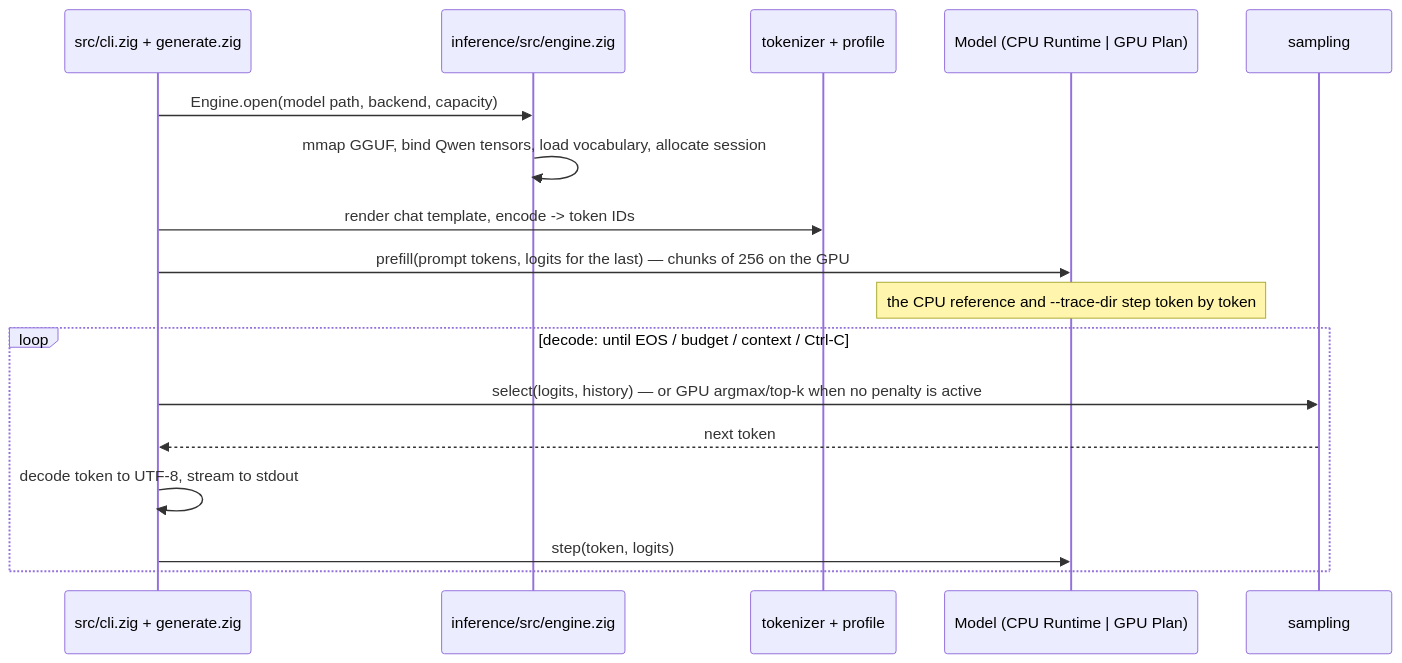
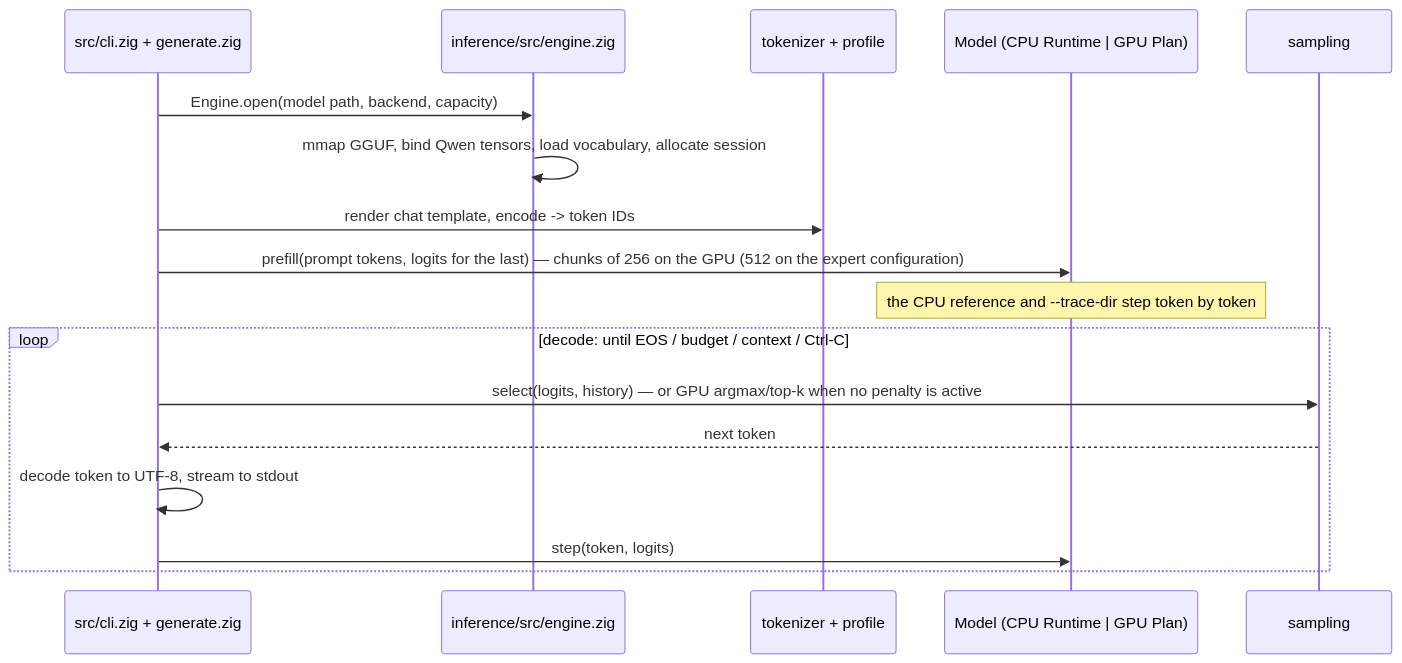
The first of 9 diagrams in docs/architecture.md (tildaslashalef/nuclis), drawn with Mermaid before and after one commit. The commit also changed 12 other files, not shown here.

First line of the commit message:
feat(model): Gemma 4 26B-A4B Metal plan: expert block on decode and chunked prefill, two-KV-head global attention; MODL-09 closed

````diff
--- a/docs/architecture.md
+++ b/docs/architecture.md
@@ -29,19 +29,19 @@
 ```mermaid
 sequenceDiagram
     participant CLI as src/cli.zig + generate.zig
     participant Eng as inference/src/engine.zig
     participant Tok as tokenizer + profile
     participant Model as Model (CPU Runtime | GPU Plan)
     participant Samp as sampling
     CLI->>Eng: Engine.open(model path, backend, capacity)
     Eng->>Eng: mmap GGUF, bind Qwen tensors, load vocabulary, allocate session
     CLI->>Tok: render chat template, encode -> token IDs
-    CLI->>Model: prefill(prompt tokens, logits for the last) — chunks of 256 on the GPU
+    CLI->>Model: prefill(prompt tokens, logits for the last) — chunks of 256 on the GPU (512 on the expert configuration)
     Note over Model: the CPU reference and --trace-dir step token by token
     loop decode: until EOS / budget / context / Ctrl-C
         CLI->>Samp: select(logits, history) — or GPU argmax/top-k when no penalty is active
         Samp-->>CLI: next token
         CLI->>CLI: decode token to UTF-8, stream to stdout
         CLI->>Model: step(token, logits)
     end
 ```
````
